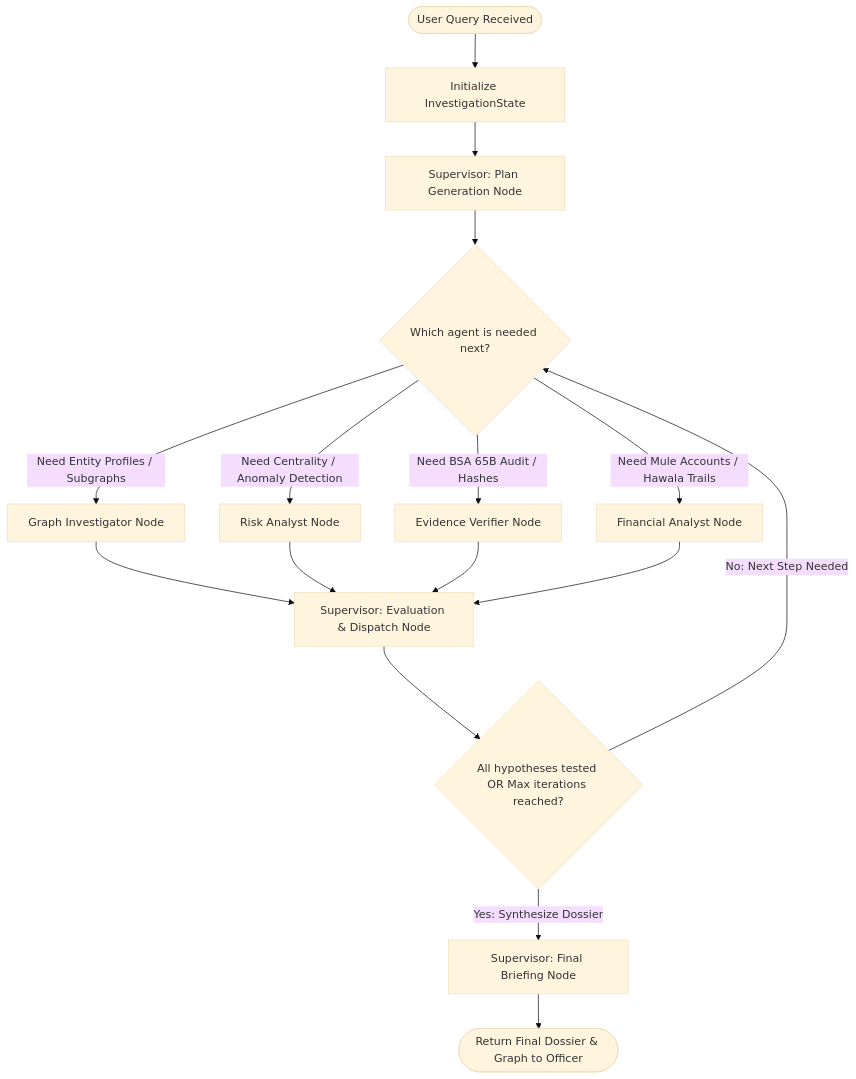
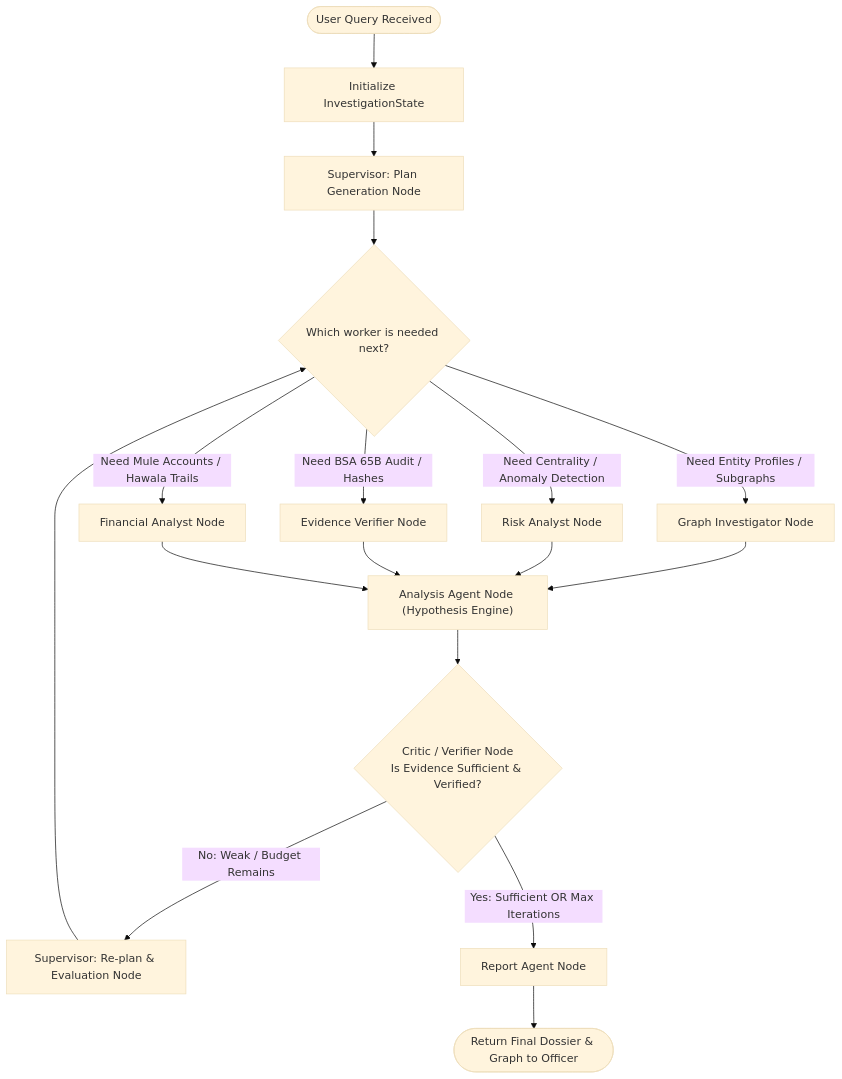
Before and after one commit to 4nkit-3isGGS/nexxus-db: the diagram in backend/app/agents/docs/01_SUPERVISOR_AGENT.md, drawn with Mermaid (base theme). The commit also changed other lines of this file and 1 other file, not shown here.

Commit message:
docs(agents): update multi-agent architecture diagram and catalog with 8-agent topology

````diff
--- a/backend/app/agents/docs/01_SUPERVISOR_AGENT.md
+++ b/backend/app/agents/docs/01_SUPERVISOR_AGENT.md
@@ -26,22 +26,25 @@
 ```mermaid
 flowchart TD
     Start(["User Query Received"]) --> Init["Initialize InvestigationState"]
     Init --> SupervisorPlan["Supervisor: Plan Generation Node"]
     
-    SupervisorPlan --> RouteDecision{"Which agent is needed next?"}
+    SupervisorPlan --> RouteDecision{"Which worker is needed next?"}
     
     RouteDecision -->|Need Entity Profiles / Subgraphs| GraphAgent["Graph Investigator Node"]
     RouteDecision -->|Need Centrality / Anomaly Detection| RiskAgent["Risk Analyst Node"]
     RouteDecision -->|Need BSA 65B Audit / Hashes| EvidenceAgent["Evidence Verifier Node"]
     RouteDecision -->|Need Mule Accounts / Hawala Trails| FinAgent["Financial Analyst Node"]
     
-    GraphAgent --> SupervisorEvaluate["Supervisor: Evaluation & Dispatch Node"]
-    RiskAgent --> SupervisorEvaluate
-    EvidenceAgent --> SupervisorEvaluate
-    FinAgent --> SupervisorEvaluate
+    GraphAgent --> AnalysisNode["Analysis Agent Node (Hypothesis Engine)"]
+    RiskAgent --> AnalysisNode
+    EvidenceAgent --> AnalysisNode
+    FinAgent --> AnalysisNode
     
-    SupervisorEvaluate --> CheckDone{"All hypotheses tested OR Max iterations reached?"}
-    CheckDone -->|No: Next Step Needed| RouteDecision
-    CheckDone -->|Yes: Synthesize Dossier| FinalReport["Supervisor: Final Briefing Node"]
-    FinalReport --> EndNode(["Return Final Dossier & Graph to Officer"])
+    AnalysisNode --> CriticNode{"Critic / Verifier Node<br/>Is Evidence Sufficient & Verified?"}
+    
+    CriticNode -->|No: Weak / Budget Remains| SupervisorEvaluate["Supervisor: Re-plan & Evaluation Node"]
+    SupervisorEvaluate --> RouteDecision
+    
+    CriticNode -->|Yes: Sufficient OR Max Iterations| ReportNode["Report Agent Node"]
+    ReportNode --> EndNode(["Return Final Dossier & Graph to Officer"])
 ```
````
